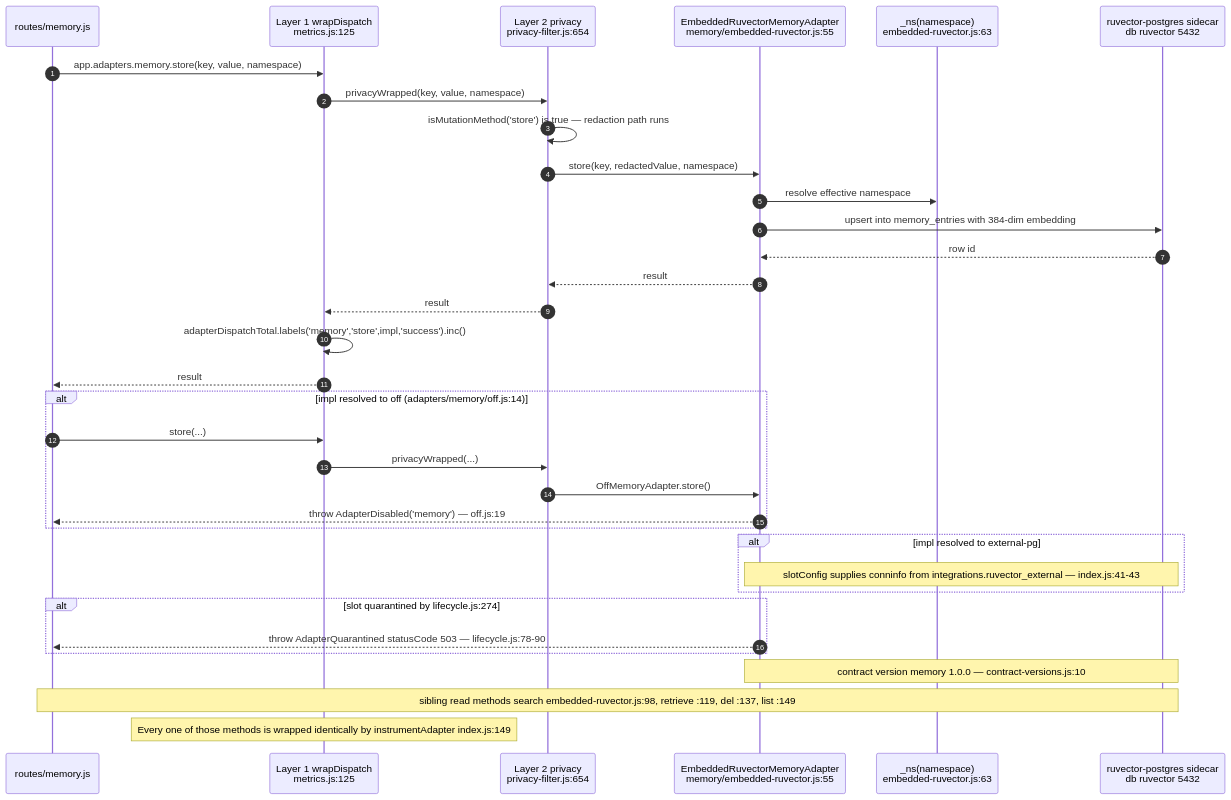
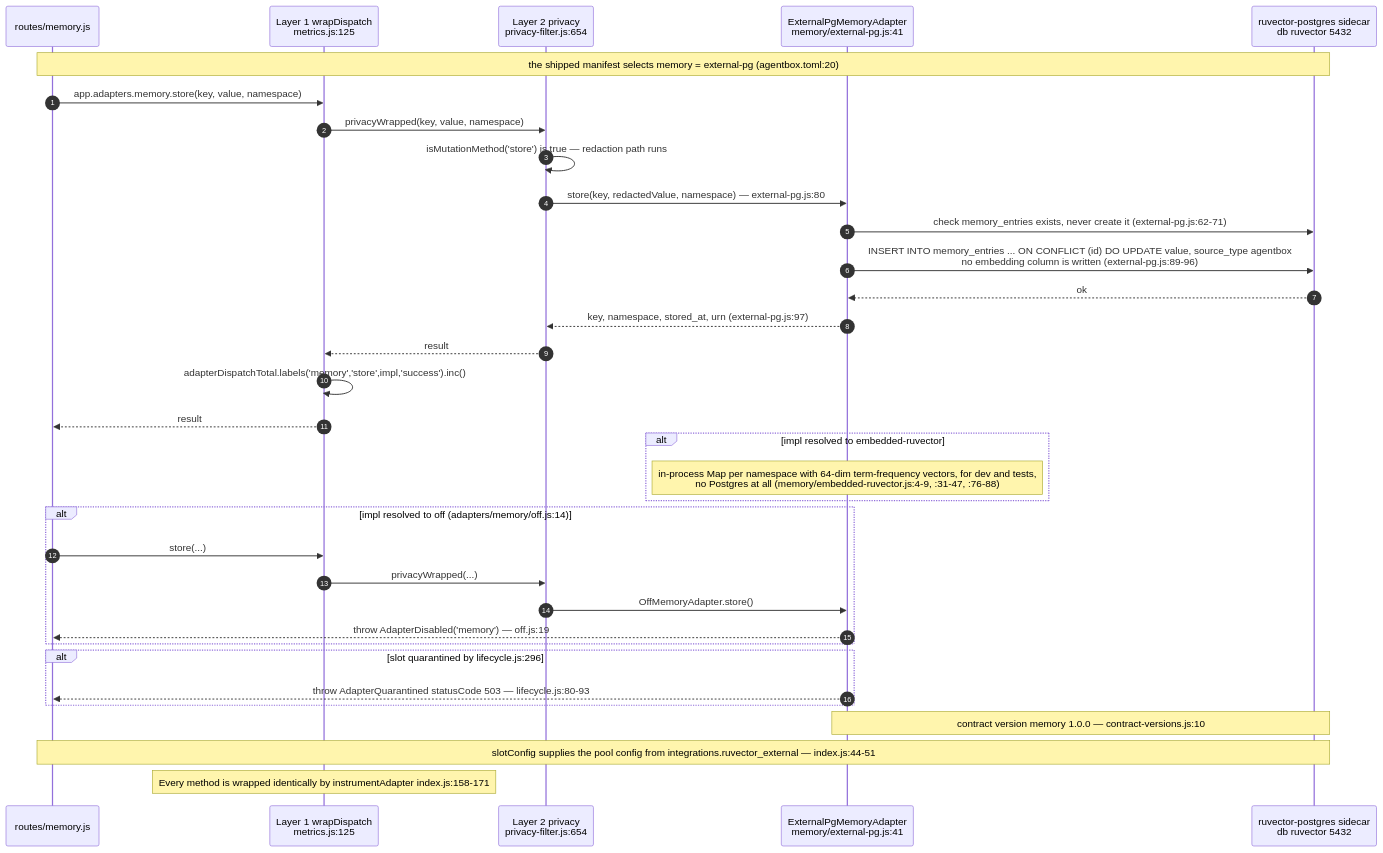
One commit to DreamLab-AI/VisionFlow changed the ninth of 15 diagrams in docs/diagrams/agentbox/04-adapter-spine.md. Above: the diagram before and after it, drawn with Mermaid. The commit also changed other lines of this file and 173 other files, not shown here.

````diff
--- a/docs/diagrams/agentbox/04-adapter-spine.md
+++ b/docs/diagrams/agentbox/04-adapter-spine.md
@@ -389,37 +407,37 @@
 ```mermaid
 sequenceDiagram
     autonumber
     participant R as routes/memory.js
     participant L1 as Layer 1 wrapDispatch<br/>metrics.js:125
     participant L2 as Layer 2 privacy<br/>privacy-filter.js:654
-    participant MA as EmbeddedRuvectorMemoryAdapter<br/>memory/embedded-ruvector.js:55
-    participant NS as _ns(namespace)<br/>embedded-ruvector.js:63
+    participant MA as ExternalPgMemoryAdapter<br/>memory/external-pg.js:41
     participant PG as ruvector-postgres sidecar<br/>db ruvector 5432
 
+    Note over R,PG: the shipped manifest selects memory = external-pg (agentbox.toml:20)
     R->>L1: app.adapters.memory.store(key, value, namespace)
     L1->>L2: privacyWrapped(key, value, namespace)
     L2->>L2: isMutationMethod('store') is true — redaction path runs
-    L2->>MA: store(key, redactedValue, namespace)
-    MA->>NS: resolve effective namespace
-    MA->>PG: upsert into memory_entries with 384-dim embedding
-    PG-->>MA: row id
-    MA-->>L2: result
+    L2->>MA: store(key, redactedValue, namespace) — external-pg.js:80
+    MA->>PG: check memory_entries exists, never create it (external-pg.js:62-71)
+    MA->>PG: INSERT INTO memory_entries ... ON CONFLICT (id) DO UPDATE value, source_type agentbox<br/>no embedding column is written (external-pg.js:89-96)
+    PG-->>MA: ok
+    MA-->>L2: key, namespace, stored_at, urn (external-pg.js:97)
     L2-->>L1: result
     L1->>L1: adapterDispatchTotal.labels('memory','store',impl,'success').inc()
     L1-->>R: result
+    alt impl resolved to embedded-ruvector
+        Note over MA: in-process Map per namespace with 64-dim term-frequency vectors, for dev and tests,<br/>no Postgres at all (memory/embedded-ruvector.js:4-9, :31-47, :76-88)
+    end
     alt impl resolved to off (adapters/memory/off.js:14)
         R->>L1: store(...)
         L1->>L2: privacyWrapped(...)
         L2->>MA: OffMemoryAdapter.store()
         MA-->>R: throw AdapterDisabled('memory') — off.js:19
     end
-    alt impl resolved to external-pg
-        Note over MA,PG: slotConfig supplies conninfo from integrations.ruvector_external — index.js:41-43
-    end
-    alt slot quarantined by lifecycle.js:274
-        MA-->>R: throw AdapterQuarantined statusCode 503 — lifecycle.js:78-90
+    alt slot quarantined by lifecycle.js:296
+        MA-->>R: throw AdapterQuarantined statusCode 503 — lifecycle.js:80-93
     end
     Note over MA,PG: contract version memory 1.0.0 — contract-versions.js:10
-    Note over R,PG: sibling read methods search embedded-ruvector.js:98, retrieve :119, del :137, list :149
-    Note over L1: Every one of those methods is wrapped identically by instrumentAdapter index.js:149
+    Note over R,PG: slotConfig supplies the pool config from integrations.ruvector_external — index.js:44-51
+    Note over L1: Every method is wrapped identically by instrumentAdapter index.js:158-171
 ```
````
